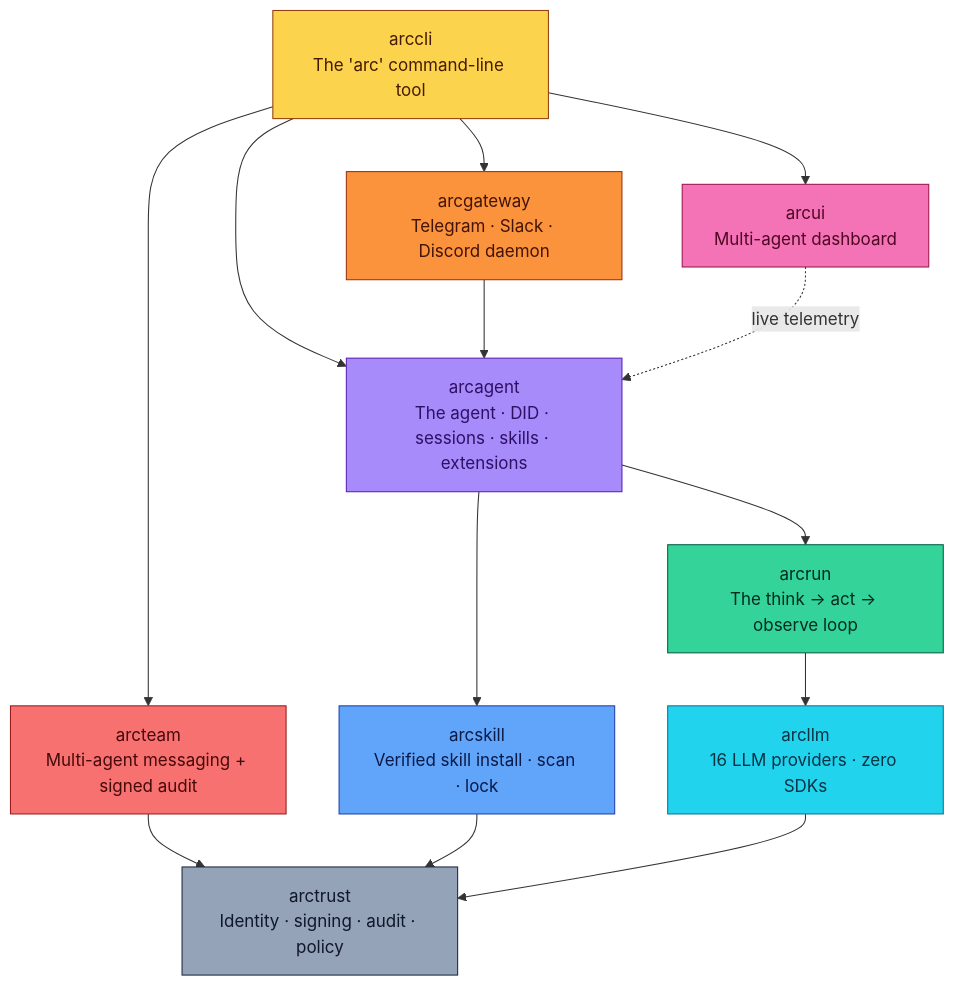
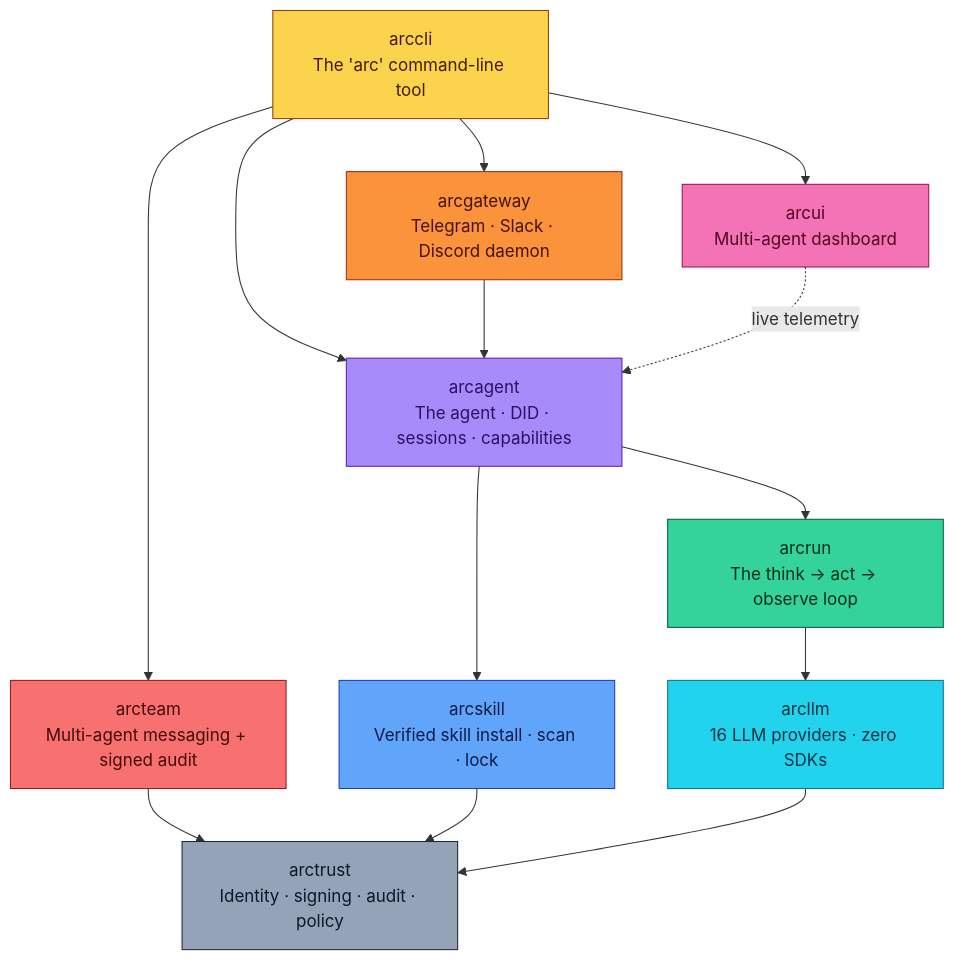
One commit to joshuamschultz/Arc changed the diagram in README.md. Above: the diagram before and after it, drawn with Mermaid. The commit also changed other lines of this file and 11 other files, not shown here.

````diff
--- a/README.md
+++ b/README.md
@@ -67,35 +67,35 @@
 ```mermaid
 flowchart TB
     classDef cli fill:#FCD34D,stroke:#92400E,color:#451A03
     classDef gw  fill:#FB923C,stroke:#9A3412,color:#431407
     classDef tm  fill:#F87171,stroke:#991B1B,color:#450A0A
     classDef ag  fill:#A78BFA,stroke:#5B21B6,color:#2E1065
     classDef sk  fill:#60A5FA,stroke:#1E40AF,color:#0C1A47
     classDef rn  fill:#34D399,stroke:#065F46,color:#022C22
     classDef llm fill:#22D3EE,stroke:#0E7490,color:#083344
     classDef tr  fill:#94A3B8,stroke:#1E293B,color:#0F172A
     classDef ui  fill:#F472B6,stroke:#9D174D,color:#500724
 
     arccli[arccli<br/>The 'arc' command-line tool]:::cli
     arcgateway[arcgateway<br/>Telegram · Slack · Discord daemon]:::gw
     arcteam[arcteam<br/>Multi-agent messaging + signed audit]:::tm
-    arcagent[arcagent<br/>The agent · DID · sessions · skills · extensions]:::ag
+    arcagent[arcagent<br/>The agent · DID · sessions · capabilities]:::ag
     arcskill[arcskill<br/>Verified skill install · scan · lock]:::sk
     arcrun[arcrun<br/>The think → act → observe loop]:::rn
     arcllm[arcllm<br/>16 LLM providers · zero SDKs]:::llm
     arctrust[arctrust<br/>Identity · signing · audit · policy]:::tr
     arcui[arcui<br/>Multi-agent dashboard]:::ui
 
     arccli --> arcgateway
     arccli --> arcteam
     arccli --> arcagent
     arccli --> arcui
     arcgateway --> arcagent
     arcteam --> arctrust
     arcagent --> arcskill
     arcagent --> arcrun
     arcskill --> arctrust
     arcrun --> arcllm
     arcllm --> arctrust
     arcui -.live telemetry.-> arcagent
 ```
````
